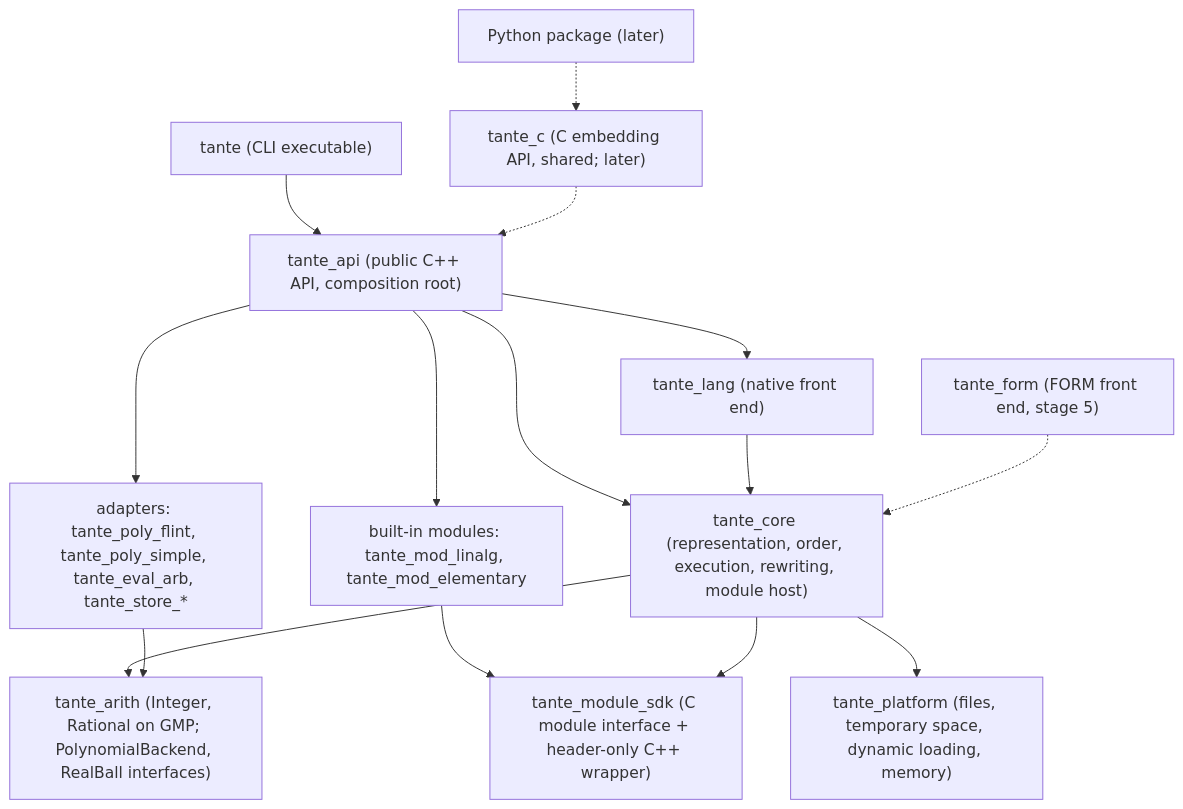
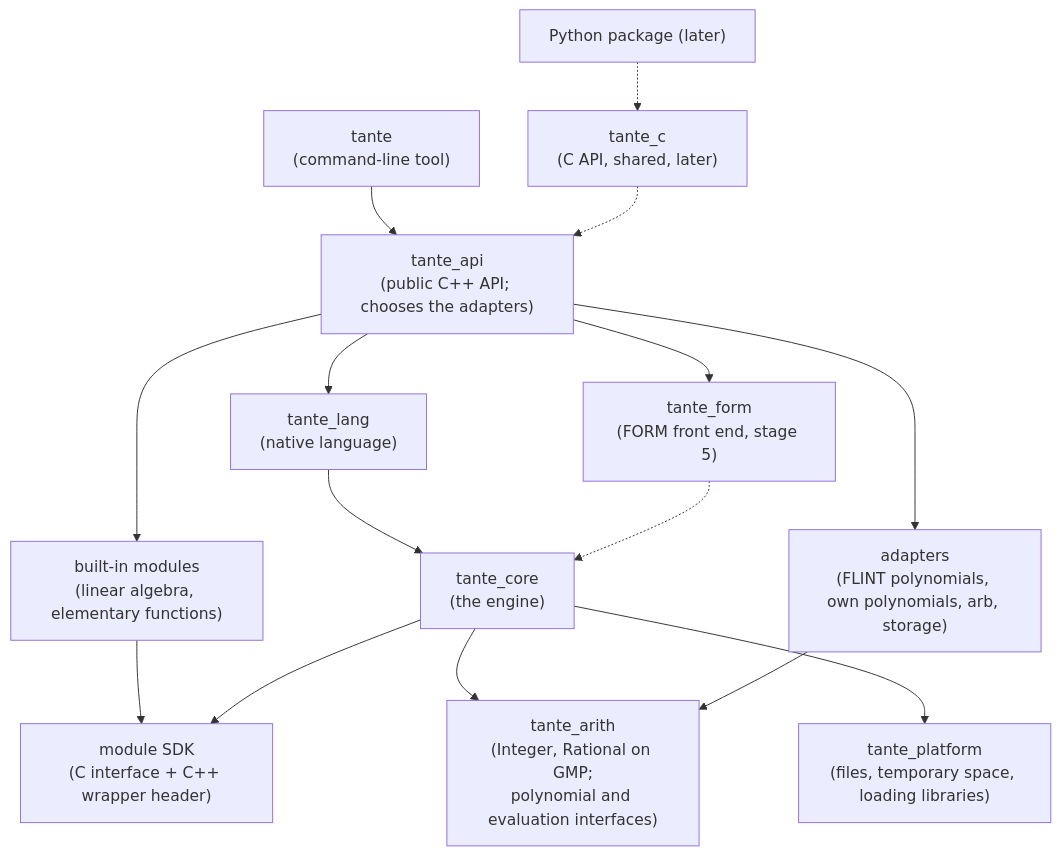
One commit to thomaswening/Tante changed the diagram in docs/adr/0004-library-first-target-structure.md. Above: the diagram before and after it, drawn with Mermaid. The commit also changed other lines of this file, not shown here.

First line of the commit message:
docs(adr): revise ADR-0004 with Thomas's decisions and a dependency diagram

````diff
--- a/docs/adr/0004-library-first-target-structure.md
+++ b/docs/adr/0004-library-first-target-structure.md
@@ -27,20 +30,15 @@
 ```mermaid
 flowchart TB
-    cli["tante (CLI executable)"] --> api
-    capi["tante_c (C embedding API, shared; later)"] -.-> api
-    py["Python package (later)"] -.-> capi
-    api["tante_api (public C++ API, composition root)"] --> lang
-    api --> core
-    api --> builtin
-    api --> adapters
-    lang["tante_lang (native front end)"] --> core
-    form["tante_form (FORM front end, stage 5)"] -.-> core
-    builtin["built-in modules: tante_mod_linalg, tante_mod_elementary"] --> sdk
-    core["tante_core (representation, order, execution, rewriting, module host)"] --> arith
-    core --> sdk
-    core --> platform
-    adapters["adapters: tante_poly_flint, tante_poly_simple, tante_eval_arb, tante_store_*"] --> arith
-    arith["tante_arith (Integer, Rational on GMP; PolynomialBackend, RealBall interfaces)"]
-    sdk["tante_module_sdk (C module interface + header-only C++ wrapper)"]
-    platform["tante_platform (files, temporary space, dynamic loading, memory)"]
+    cli["tante<br/>(command-line tool)"] --> api
+    py["Python package (later)"] -.-> capi["tante_c<br/>(C API, shared, later)"]
+    capi -.-> api
+    api["tante_api<br/>(public C++ API; chooses the adapters)"] --> lang & form & mods & adapters
+    lang["tante_lang<br/>(native language)"] --> core
+    form["tante_form<br/>(FORM front end, stage 5)"] -.-> core
+    mods["built-in modules<br/>(linear algebra, elementary functions)"] --> sdk
+    core["tante_core<br/>(the engine)"] --> sdk & arith & platform
+    sdk["module SDK<br/>(C interface + C++ wrapper header)"]
+    adapters["adapters<br/>(FLINT polynomials, own polynomials, arb, storage)"] --> arith
+    arith["tante_arith<br/>(Integer, Rational on GMP;<br/>polynomial and evaluation interfaces)"]
+    platform["tante_platform<br/>(files, temporary space, loading libraries)"]
 ```
````
